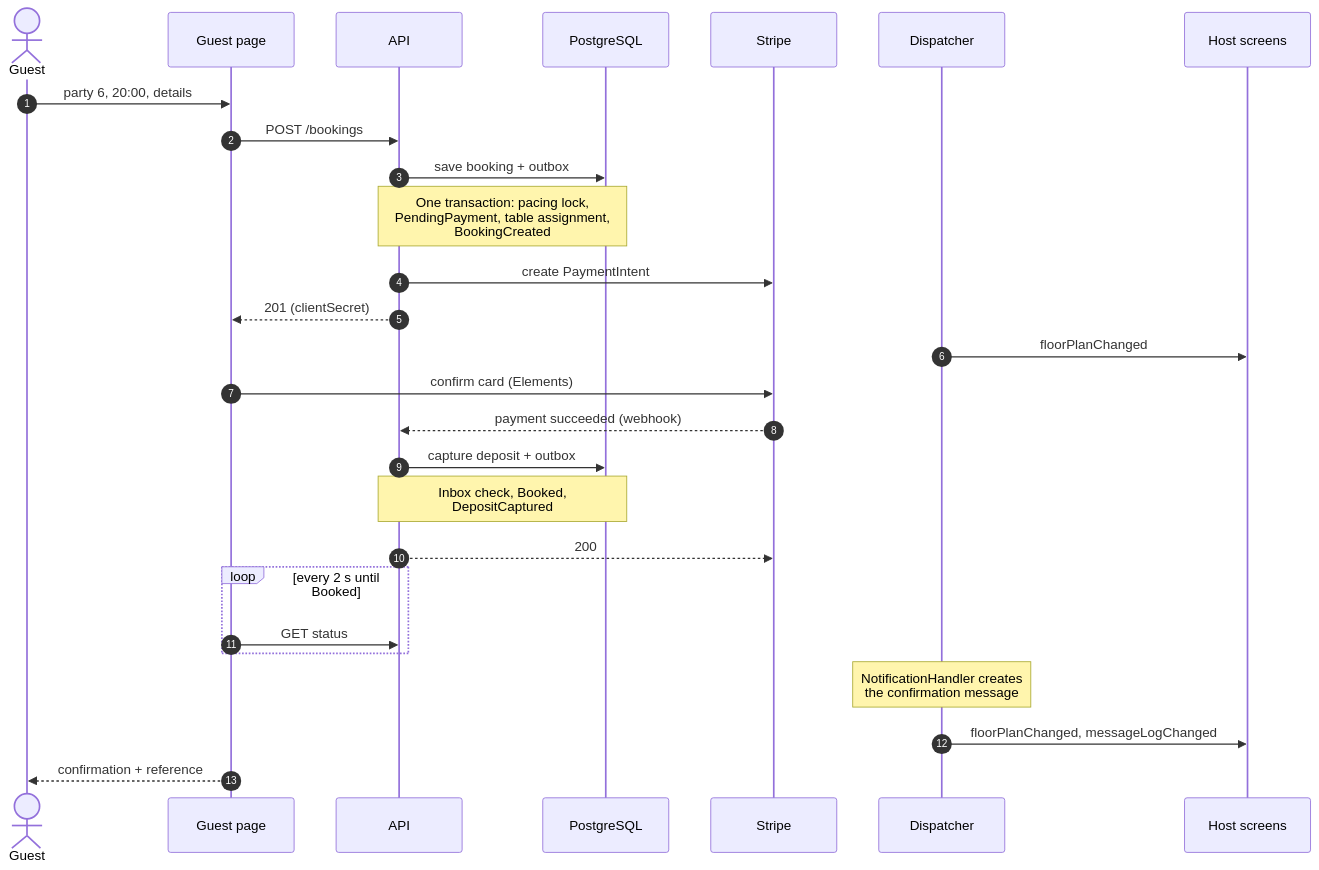
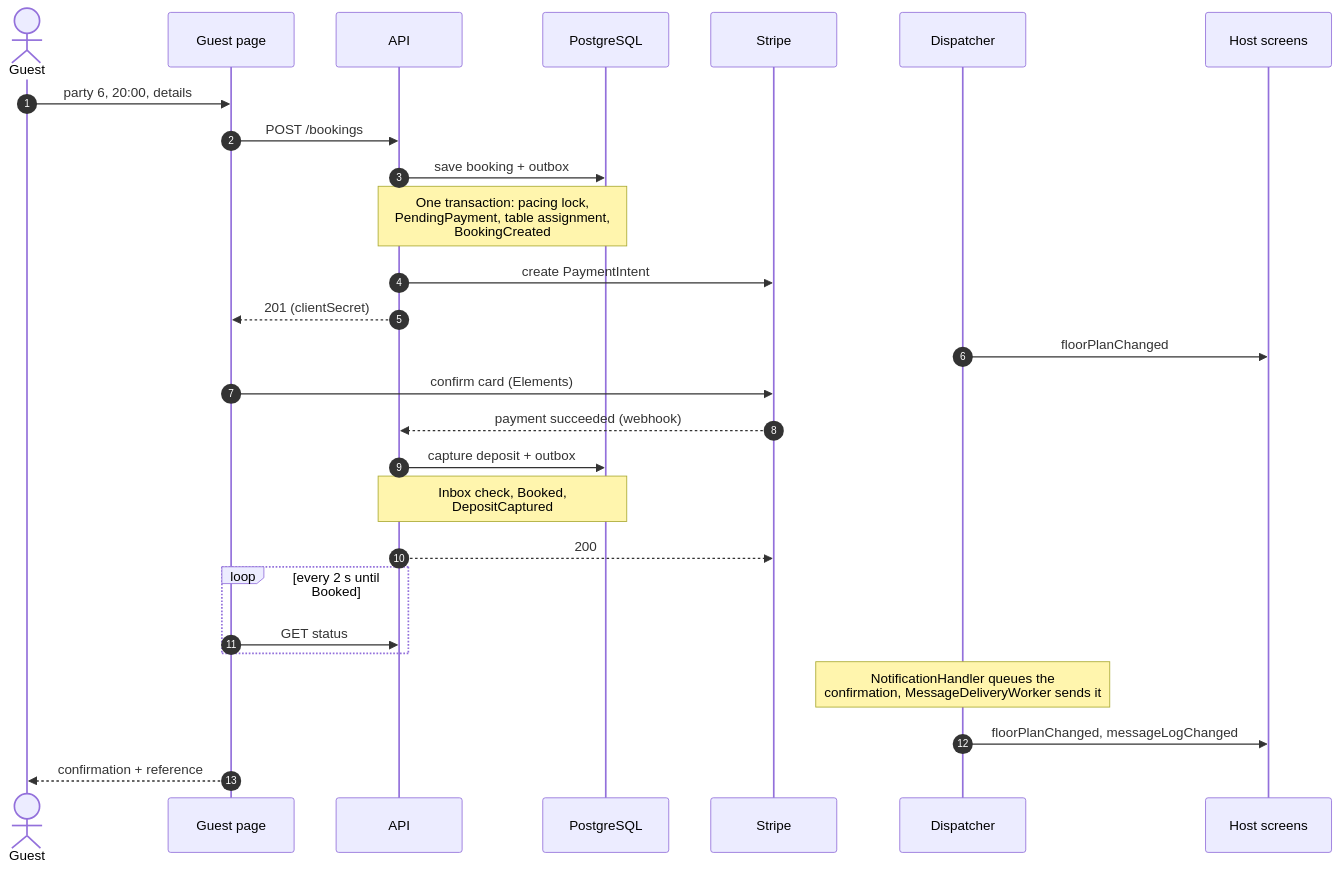
One commit to ring9834/TableReservation changed diagram 22 of 27 in docs/Design.md. Above: the diagram before and after it, drawn with Mermaid. The commit also changed other lines of this file, not shown here.

First line of the commit message:
docs(design): add MessageDeliveryWorker; PostgreSQL as the message queue (§7.1)

````diff
--- a/docs/Design.md
+++ b/docs/Design.md
@@ -1122,30 +1201,30 @@
 ```mermaid
 sequenceDiagram
     autonumber
     actor G as Guest
     participant W as Guest page
     participant A as API
     participant DB as PostgreSQL
     participant S as Stripe
     participant D as Dispatcher
     participant H as Host screens
 
     G->>W: party 6, 20:00, details
     W->>A: POST /bookings
     A->>DB: save booking + outbox
     Note over A,DB: One transaction: pacing lock,<br/>PendingPayment, table assignment,<br/>BookingCreated
     A->>S: create PaymentIntent
     A-->>W: 201 (clientSecret)
     D->>H: floorPlanChanged
     W->>S: confirm card (Elements)
     S-->>A: payment succeeded (webhook)
     A->>DB: capture deposit + outbox
     Note over A,DB: Inbox check, Booked,<br/>DepositCaptured
     A-->>S: 200
     loop every 2 s until Booked
         W->>A: GET status
     end
-    Note over D: NotificationHandler creates<br/>the confirmation message
+    Note over D: NotificationHandler queues the<br/>confirmation, MessageDeliveryWorker sends it
     D->>H: floorPlanChanged, messageLogChanged
     W-->>G: confirmation + reference
 ```
````
